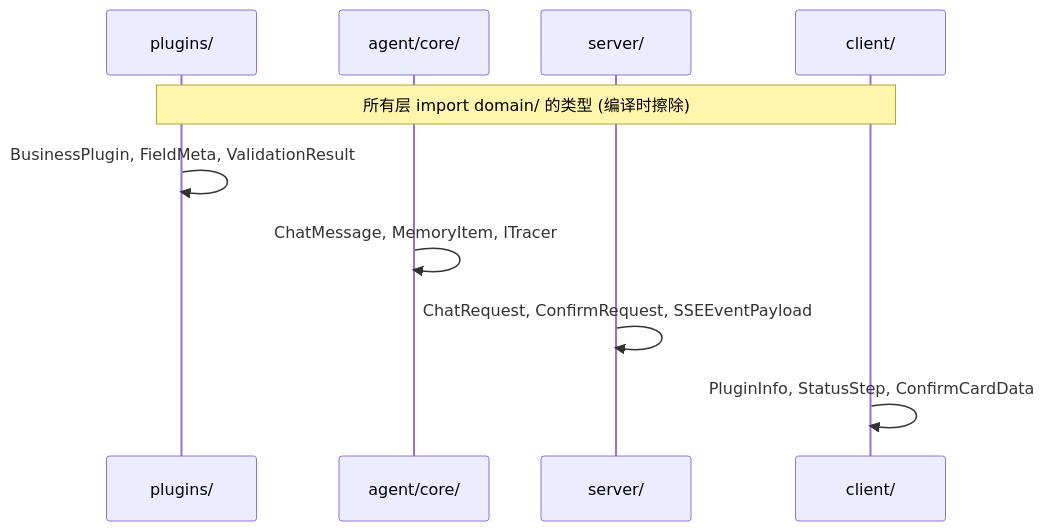
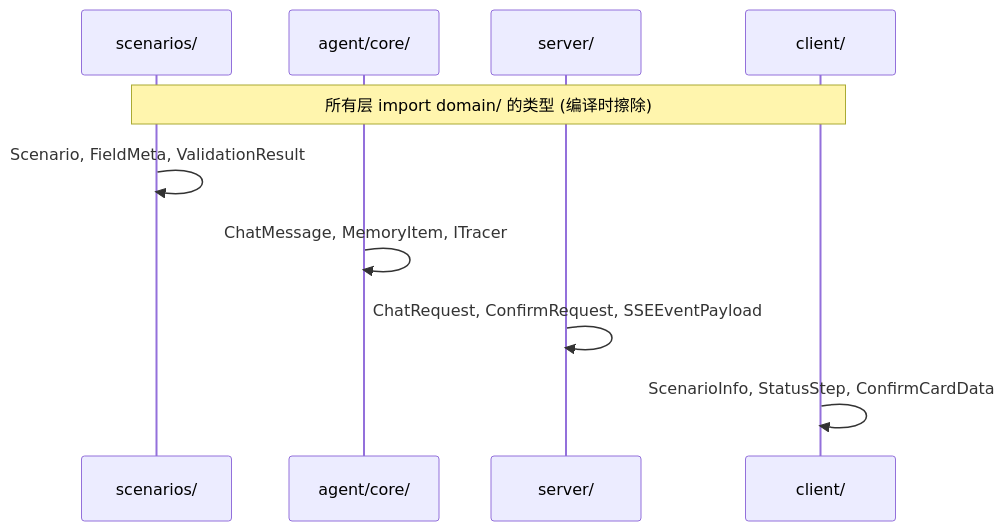
One commit to yjzaaa/leave-approval-agent changed the third of 3 diagrams in src/domain/CLAUDE.md. Above: the diagram before and after it, drawn with Mermaid. The commit also changed other lines of this file and 80 other files, not shown here.

First line of the commit message:
refactor: Plugin → Scenario 全局重命名，消除业务术语歧义

````diff
--- a/src/domain/CLAUDE.md
+++ b/src/domain/CLAUDE.md
@@ -94,14 +94,14 @@
 ```mermaid
 sequenceDiagram
-    participant Plugin as plugins/
+    participant Plugin as scenarios/
     participant Factory as agent/core/
     participant Server as server/
     participant Client as client/
 
     Note over Plugin,Client: 所有层 import domain/ 的类型 (编译时擦除)
 
-    Plugin->>Plugin: BusinessPlugin, FieldMeta, ValidationResult
+    Plugin->>Plugin: Scenario, FieldMeta, ValidationResult
     Factory->>Factory: ChatMessage, MemoryItem, ITracer
     Server->>Server: ChatRequest, ConfirmRequest, SSEEventPayload
-    Client->>Client: PluginInfo, StatusStep, ConfirmCardData
+    Client->>Client: ScenarioInfo, StatusStep, ConfirmCardData
 ```
````
